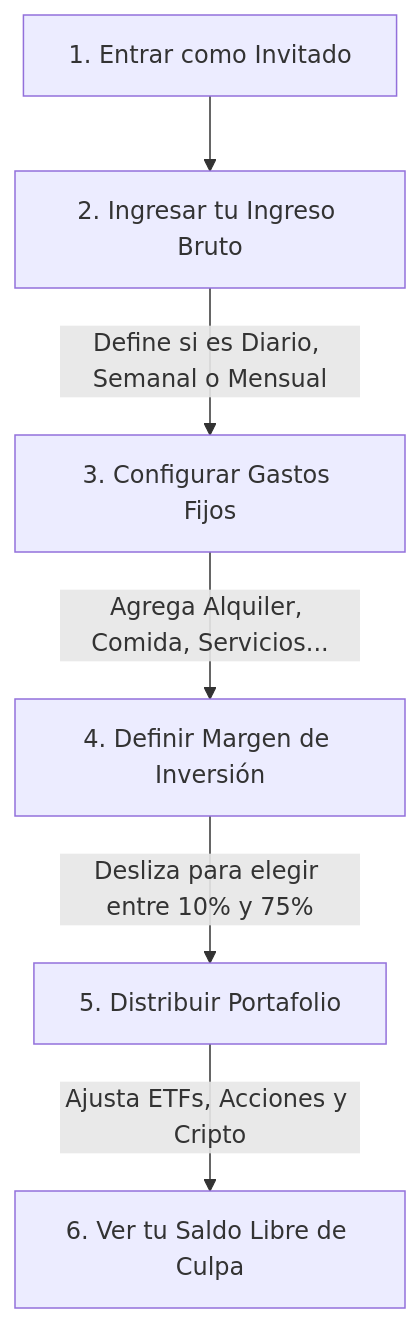
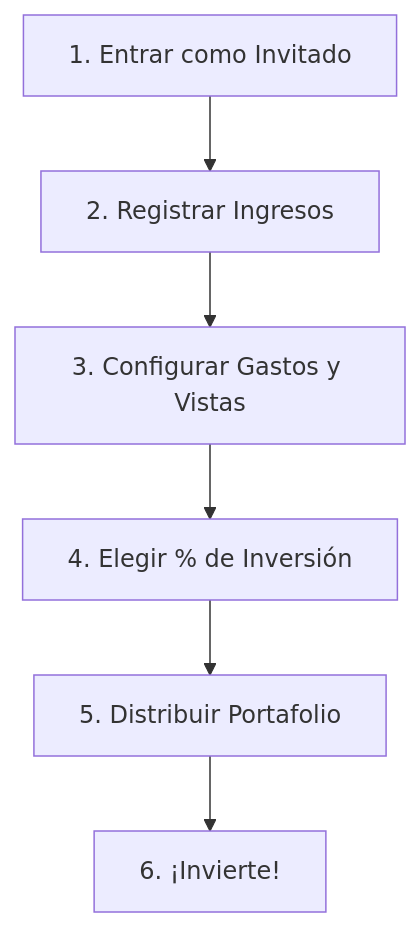
The diagram in README.md (forod/money-to-invest), drawn with Mermaid before and after one commit. The commit also changed other lines of this file, not shown here.

Commit message:
docs: simplificar README para enfocarlo en la funcionalidad de usuario y vistas

````diff
--- a/README.md
+++ b/README.md
@@ -11,8 +11,8 @@
 ```mermaid
 graph TD
-    A[1. Entrar como Invitado] --> B[2. Ingresar tu Ingreso Bruto]
-    B -->|Define si es Diario, Semanal o Mensual| C[3. Configurar Gastos Fijos]
-    C -->|Agrega Alquiler, Comida, Servicios...| D[4. Definir Margen de Inversión]
-    D -->|Desliza para elegir entre 10% y 75%| E[5. Distribuir Portafolio]
-    E -->|Ajusta ETFs, Acciones y Cripto| F[6. Ver tu Saldo Libre de Culpa]
+    A[1. Entrar como Invitado] --> B[2. Registrar Ingresos]
+    B --> C[3. Configurar Gastos y Vistas]
+    C --> D[4. Elegir % de Inversión]
+    D --> E[5. Distribuir Portafolio]
+    E --> F[6. ¡Invierte!]
 ```
````
